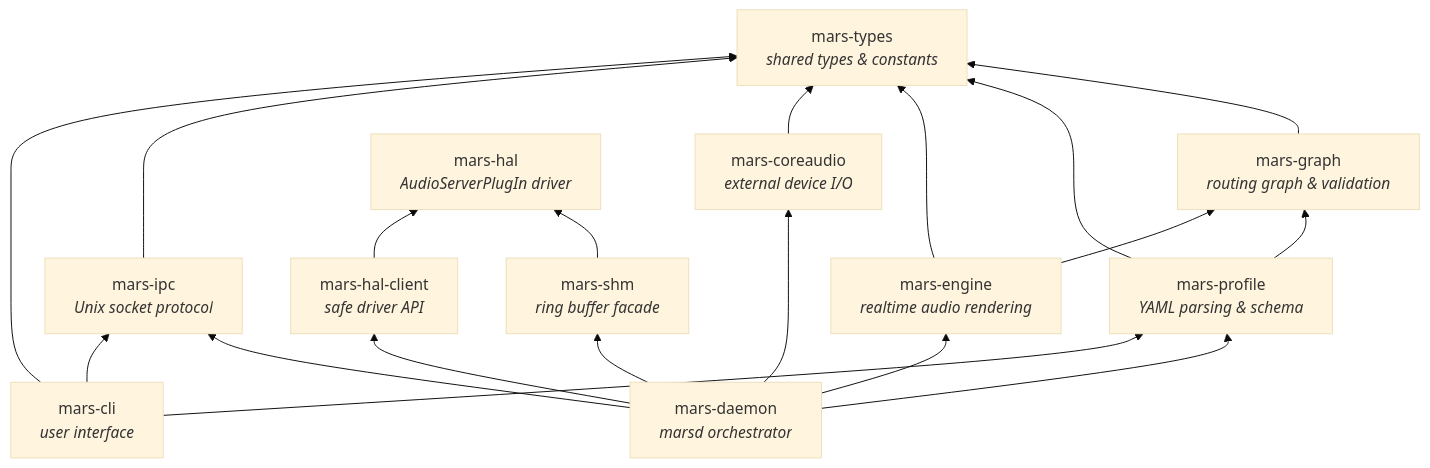
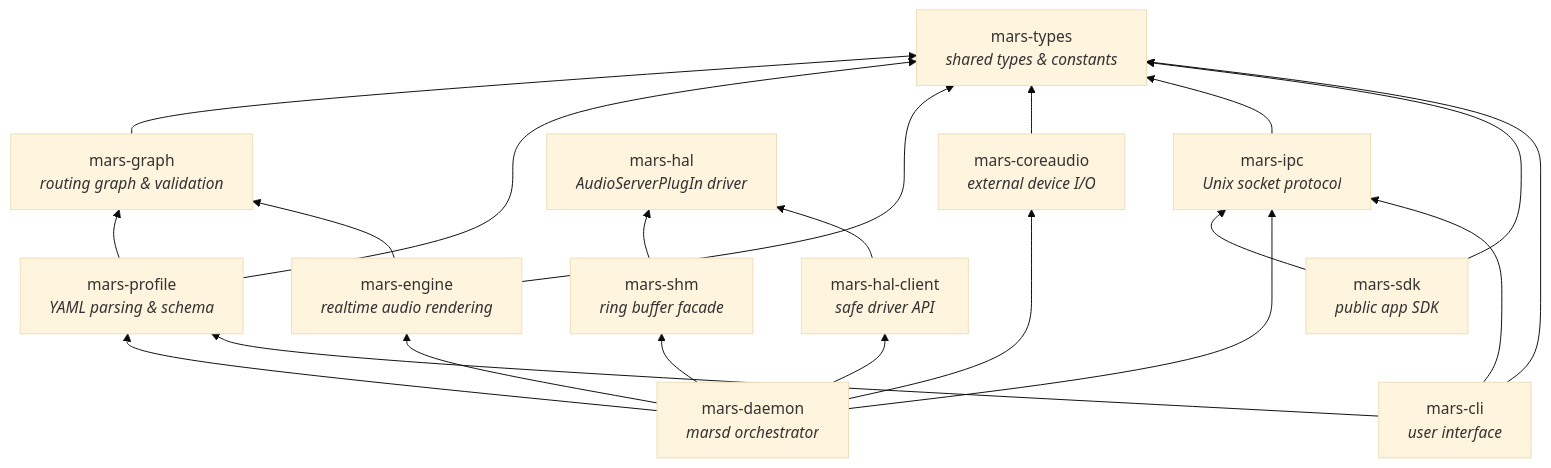
Before and after one commit to JacobLinCool/mars: the second of 3 diagrams in README.md, drawn with Mermaid (base theme). The commit also changed other lines of this file and 13 other files, not shown here.

First line of the commit message:
feat: add mars-sdk crate and docs; misc fixes

````diff
--- a/README.md
+++ b/README.md
@@ -101,38 +111,41 @@
 ```mermaid
 graph BT
     types["mars-types<br/><i>shared types & constants</i>"]
     graph_["mars-graph<br/><i>routing graph & validation</i>"]
     profile["mars-profile<br/><i>YAML parsing & schema</i>"]
     engine["mars-engine<br/><i>realtime audio rendering</i>"]
     coreaudio["mars-coreaudio<br/><i>external device I/O</i>"]
     hal["mars-hal<br/><i>AudioServerPlugIn driver</i>"]
     halclient["mars-hal-client<br/><i>safe driver API</i>"]
     shm["mars-shm<br/><i>ring buffer facade</i>"]
     ipc["mars-ipc<br/><i>Unix socket protocol</i>"]
+    sdk["mars-sdk<br/><i>public app SDK</i>"]
     daemon["mars-daemon<br/><i>marsd orchestrator</i>"]
     cli["mars-cli<br/><i>user interface</i>"]
 
     graph_ --> types
     profile --> types
     profile --> graph_
     engine --> types
     engine --> graph_
     coreaudio --> types
     shm --> hal
     halclient --> hal
     ipc --> types
+    sdk --> types
+    sdk --> ipc
     daemon --> profile
     daemon --> engine
     daemon --> coreaudio
     daemon --> shm
     daemon --> halclient
     daemon --> ipc
     cli --> types
     cli --> profile
     cli --> ipc
 
     class types foundation
-    class graph_,profile,engine,ipc core
+    class graph_,profile,engine,ipc,sdk core
     class hal,halclient,shm,coreaudio platform
     class daemon,cli app
 ```
````
